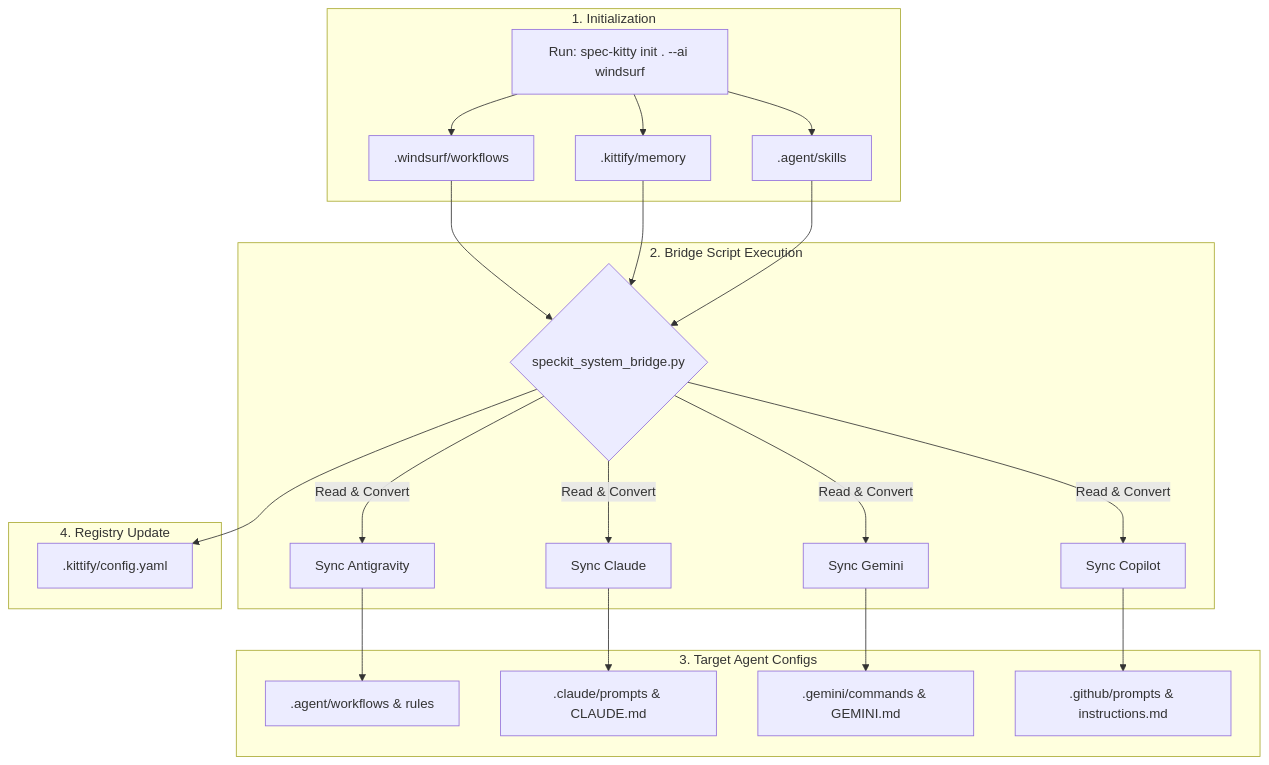
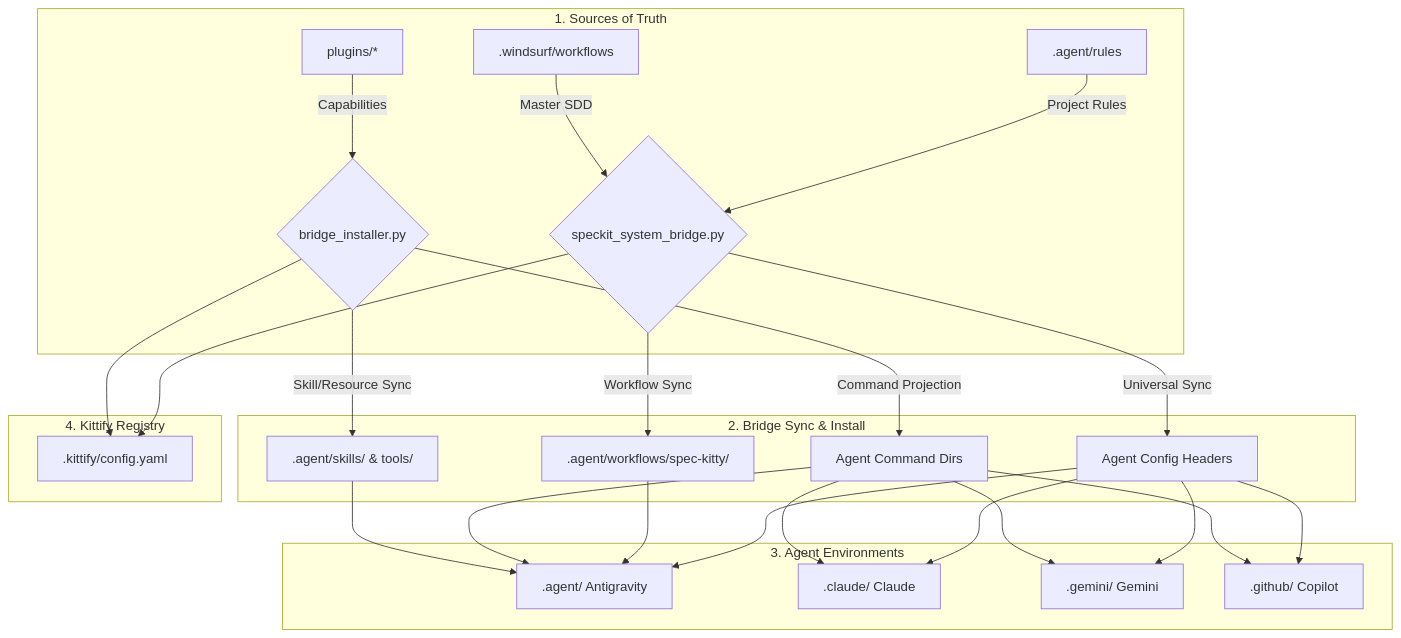
One commit to richfrem/Project_Sanctuary changed the diagram in plugins/spec-kitty/docs/bridge_process.mmd. Above: the diagram before and after it, drawn with Mermaid. The commit also changed 547 other files, not shown here.

Commit message:
wrapping loop learning skills into plugins

```diff
--- a/plugins/spec-kitty/docs/bridge_process.mmd
+++ b/plugins/spec-kitty/docs/bridge_process.mmd
@@ -1,26 +1,25 @@
 flowchart TD
-    subgraph Init [1. Initialization]
-        A[Run: spec-kitty init . --ai windsurf] --> B[.windsurf/workflows]
-        A --> C[.kittify/memory]
-        A --> S[.agent/skills]
+    subgraph Sources [1. Sources of Truth]
+        A[.agent/rules] -->|Project Rules| B{speckit_system_bridge.py}
+        W[.windsurf/workflows] -->|Master SDD| B
+        P[plugins/*] -->|Capabilities| C{bridge_installer.py}
     end
 
-    subgraph Bridge [2. Bridge Script Execution]
-        B & C & S --> D{speckit_system_bridge.py}
+    subgraph Sync [2. Bridge Sync & Install]
+        B -->|Universal Sync| D[Agent Config Headers]
+        B -->|Workflow Sync| E[.agent/workflows/spec-kitty/]
         
-        D -->|Read & Convert| E[Sync Antigravity]
-        D -->|Read & Convert| F[Sync Claude]
-        D -->|Read & Convert| G[Sync Gemini]
-        D -->|Read & Convert| H[Sync Copilot]
+        C -->|Command Projection| F[Agent Command Dirs]
+        C -->|Skill/Resource Sync| G[.agent/skills/ & tools/]
     end
 
-    subgraph Targets [3. Target Agent Configs]
-        E --> I[.agent/workflows & rules]
-        F --> J[.claude/prompts & CLAUDE.md]
-        G --> K[.gemini/commands & GEMINI.md]
-        H --> L[.github/prompts & instructions.md]
+    subgraph Targets [3. Agent Environments]
+        D & E & F & G --> H[.agent/ Antigravity]
+        D & F --> I[.claude/ Claude]
+        D & F --> J[.gemini/ Gemini]
+        D & F --> K[.github/ Copilot]
     end
 
-    subgraph Registration [4. Registry Update]
-        D --> M[.kittify/config.yaml]
+    subgraph Registry [4. Kittify Registry]
+        B & C --> L[.kittify/config.yaml]
     end
```
